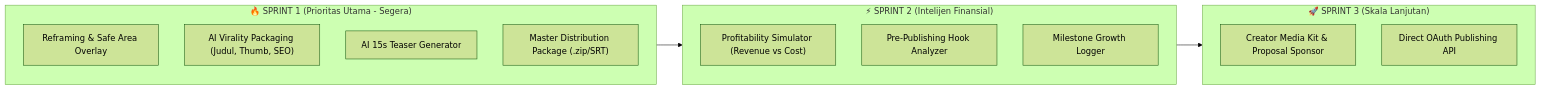
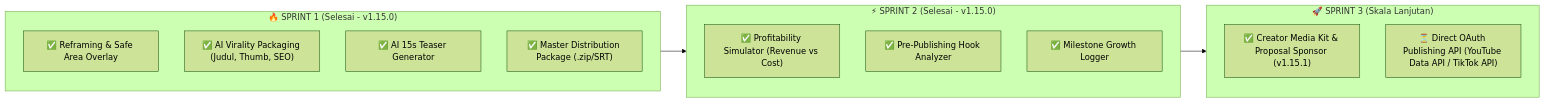
The second of 2 diagrams in docs/publishing_monetization_growth_plan.md (islamiahiis243-gif/ai-movie-factory), drawn with Mermaid (forest theme) before and after one commit. The commit also changed other lines of this file and 6 other files, not shown here.

Commit message:
feat(media-kit): implement 1-click PDF Creator Media Kit, rate card customizer, and sponsor pitch generator

````diff
--- a/docs/publishing_monetization_growth_plan.md
+++ b/docs/publishing_monetization_growth_plan.md
@@ -104,22 +104,22 @@
 ```mermaid
 flowchart LR
-    subgraph P0["🔥 SPRINT 1 (Prioritas Utama - Segera)"]
-        T1["Reframing & Safe Area Overlay"]
-        T2["AI Virality Packaging (Judul, Thumb, SEO)"]
-        T3["AI 15s Teaser Generator"]
-        T4["Master Distribution Package (.zip/SRT)"]
+    subgraph P0["🔥 SPRINT 1 (Selesai - v1.15.0)"]
+        T1["✅ Reframing & Safe Area Overlay"]
+        T2["✅ AI Virality Packaging (Judul, Thumb, SEO)"]
+        T3["✅ AI 15s Teaser Generator"]
+        T4["✅ Master Distribution Package (.zip/SRT)"]
     end
 
-    subgraph P1["⚡ SPRINT 2 (Intelijen Finansial)"]
-        T5["Profitability Simulator (Revenue vs Cost)"]
-        T6["Pre-Publishing Hook Analyzer"]
-        T7["Milestone Growth Logger"]
+    subgraph P1["⚡ SPRINT 2 (Selesai - v1.15.0)"]
+        T5["✅ Profitability Simulator (Revenue vs Cost)"]
+        T6["✅ Pre-Publishing Hook Analyzer"]
+        T7["✅ Milestone Growth Logger"]
     end
 
     subgraph P2["🚀 SPRINT 3 (Skala Lanjutan)"]
-        T8["Creator Media Kit & Proposal Sponsor"]
-        T9["Direct OAuth Publishing API"]
+        T8["✅ Creator Media Kit & Proposal Sponsor (v1.15.1)"]
+        T9["⏳ Direct OAuth Publishing API (YouTube Data API / TikTok API)"]
     end
 
     P0 --> P1 --> P2
 ```
````
